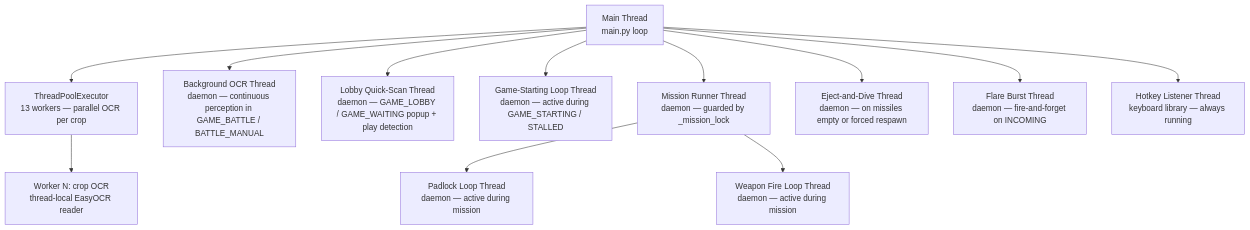
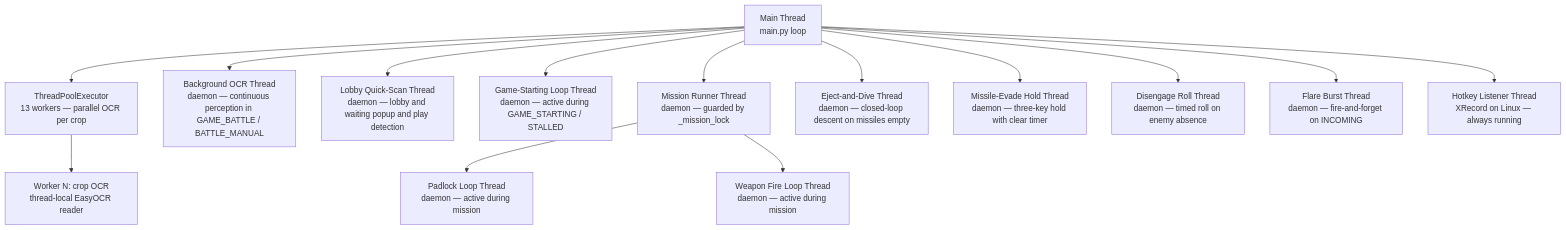
Before and after one commit to mhouse1/wingman: the fifth of 6 diagrams in docs/architecture.md, drawn with Mermaid. The commit also changed other lines of this file and 13 other files, not shown here.

````diff
--- a/docs/architecture.md
+++ b/docs/architecture.md
@@ -232,15 +274,17 @@
 ```mermaid
 flowchart TD
     MT["Main Thread\nmain.py loop"]
     MT --> TP["ThreadPoolExecutor\n13 workers — parallel OCR per crop"]
     TP --> W0["Worker N: crop OCR\nthread-local EasyOCR reader"]
     MT --> BOCT["Background OCR Thread\ndaemon — continuous perception in GAME_BATTLE / BATTLE_MANUAL"]
-    MT --> LQST["Lobby Quick-Scan Thread\ndaemon — GAME_LOBBY / GAME_WAITING popup + play detection"]
+    MT --> LQST["Lobby Quick-Scan Thread\ndaemon — lobby and waiting popup and play detection"]
     MT --> GST["Game-Starting Loop Thread\ndaemon — active during GAME_STARTING / STALLED"]
     MT --> MRT["Mission Runner Thread\ndaemon — guarded by _mission_lock"]
     MRT --> PLT["Padlock Loop Thread\ndaemon — active during mission"]
     MRT --> WFT["Weapon Fire Loop Thread\ndaemon — active during mission"]
-    MT --> EDT["Eject-and-Dive Thread\ndaemon — on missiles empty or forced respawn"]
+    MT --> EDT["Eject-and-Dive Thread\ndaemon — closed-loop descent on missiles empty"]
+    MT --> MET["Missile-Evade Hold Thread\ndaemon — three-key hold with clear timer"]
+    MT --> DGT["Disengage Roll Thread\ndaemon — timed roll on enemy absence"]
     MT --> FBT["Flare Burst Thread\ndaemon — fire-and-forget on INCOMING"]
-    MT --> HLT["Hotkey Listener Thread\nkeyboard library — always running"]
+    MT --> HLT["Hotkey Listener Thread\nXRecord on Linux — always running"]
 ```
````
